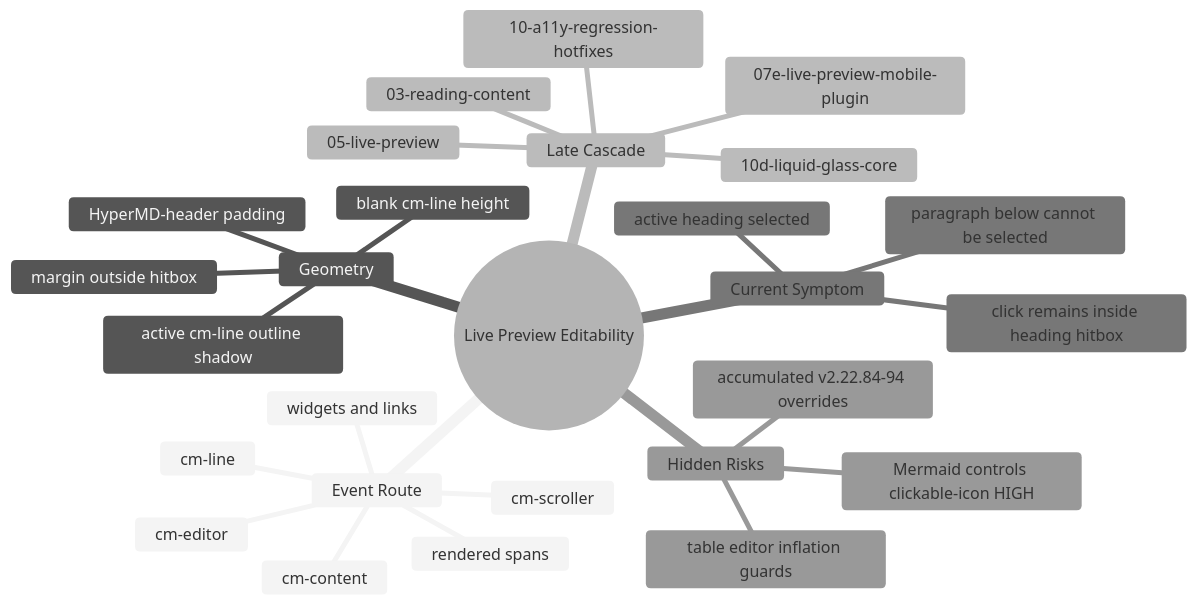
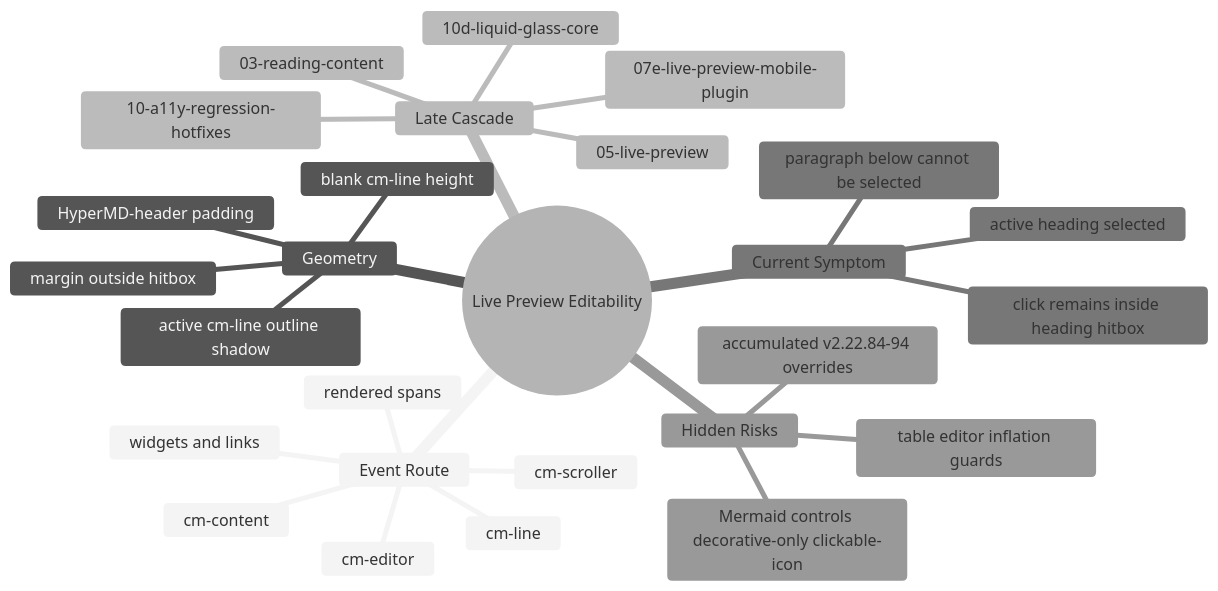
One commit to towishy/Owen-Graphite changed the diagram in dev/MAP/live-preview-editability-css-map.md. Above: the diagram before and after it, drawn with Mermaid (neutral theme). The commit also changed other lines of this file and 9 other files, not shown here.

Commit message:
fix: stabilize Mermaid control risk map

````diff
--- a/dev/MAP/live-preview-editability-css-map.md
+++ b/dev/MAP/live-preview-editability-css-map.md
@@ -13,30 +15,30 @@
 ```mermaid
 mindmap
   root((Live Preview Editability))
     Event Route
       cm-editor
       cm-scroller
       cm-content
       cm-line
       rendered spans
       widgets and links
     Geometry
       HyperMD-header padding
       blank cm-line height
       active cm-line outline shadow
       margin outside hitbox
     Late Cascade
       03-reading-content
       05-live-preview
       07e-live-preview-mobile-plugin
       10d-liquid-glass-core
       10-a11y-regression-hotfixes
     Current Symptom
       active heading selected
       paragraph below cannot be selected
       click remains inside heading hitbox
     Hidden Risks
-      Mermaid controls clickable-icon HIGH
+      Mermaid controls decorative-only clickable-icon
       table editor inflation guards
       accumulated v2.22.84-94 overrides
 ```
````
